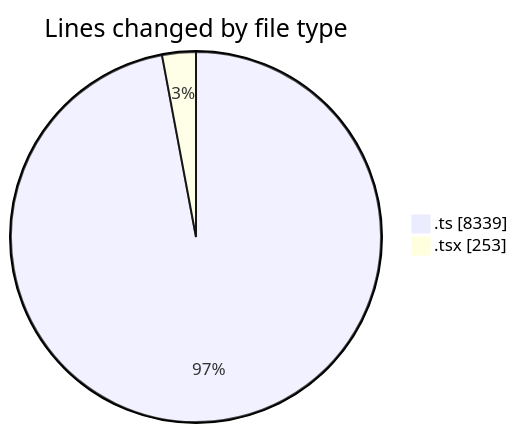
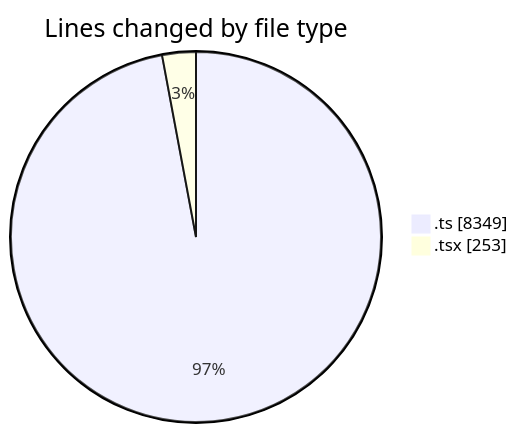
One commit to momahboobian/code-tracking changed the first of 2 diagrams in 2025-07-14/cda/README.md. Above: the diagram before and after it, drawn with Mermaid. The commit also changed other lines of this file and 1 other file, not shown here.

````diff
--- a/2025-07-14/cda/README.md
+++ b/2025-07-14/cda/README.md
@@ -24,6 +24,6 @@
 ```mermaid
 pie showData
 title Lines changed by file type
-".ts" : 8339
+".ts" : 8349
 ".tsx" : 253
 ```
````
